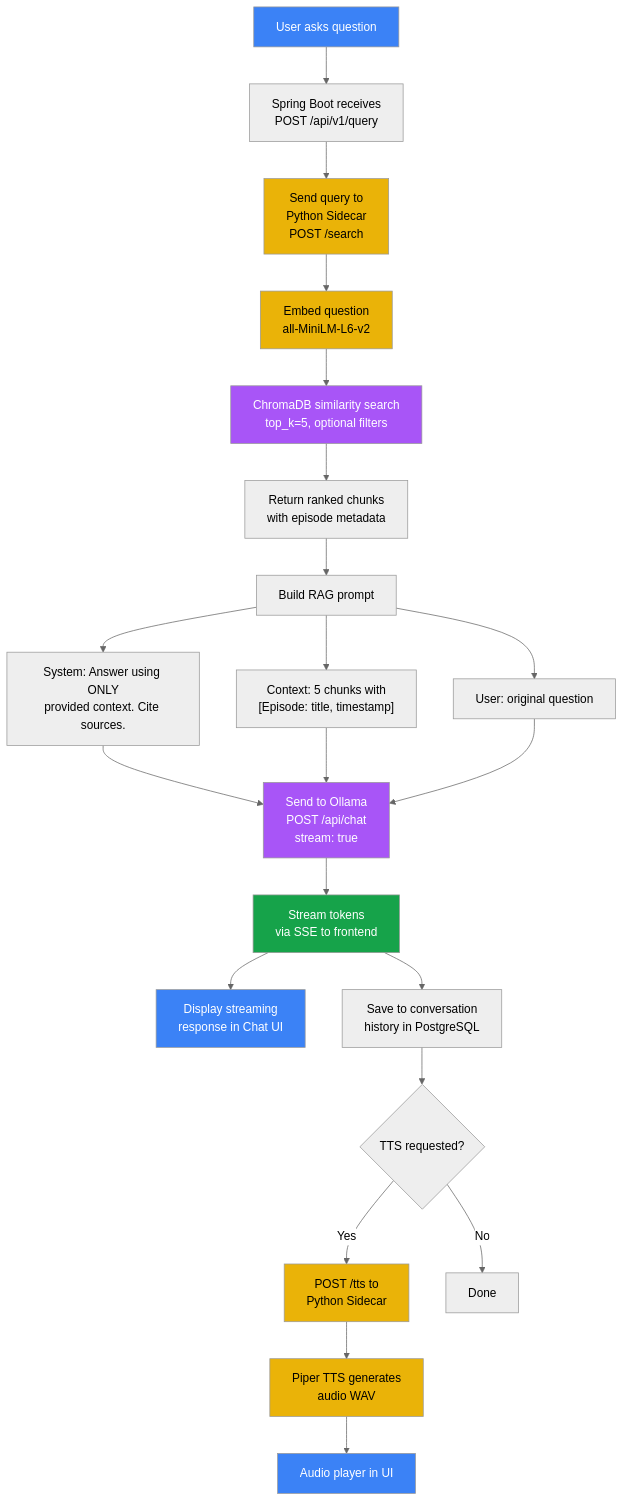
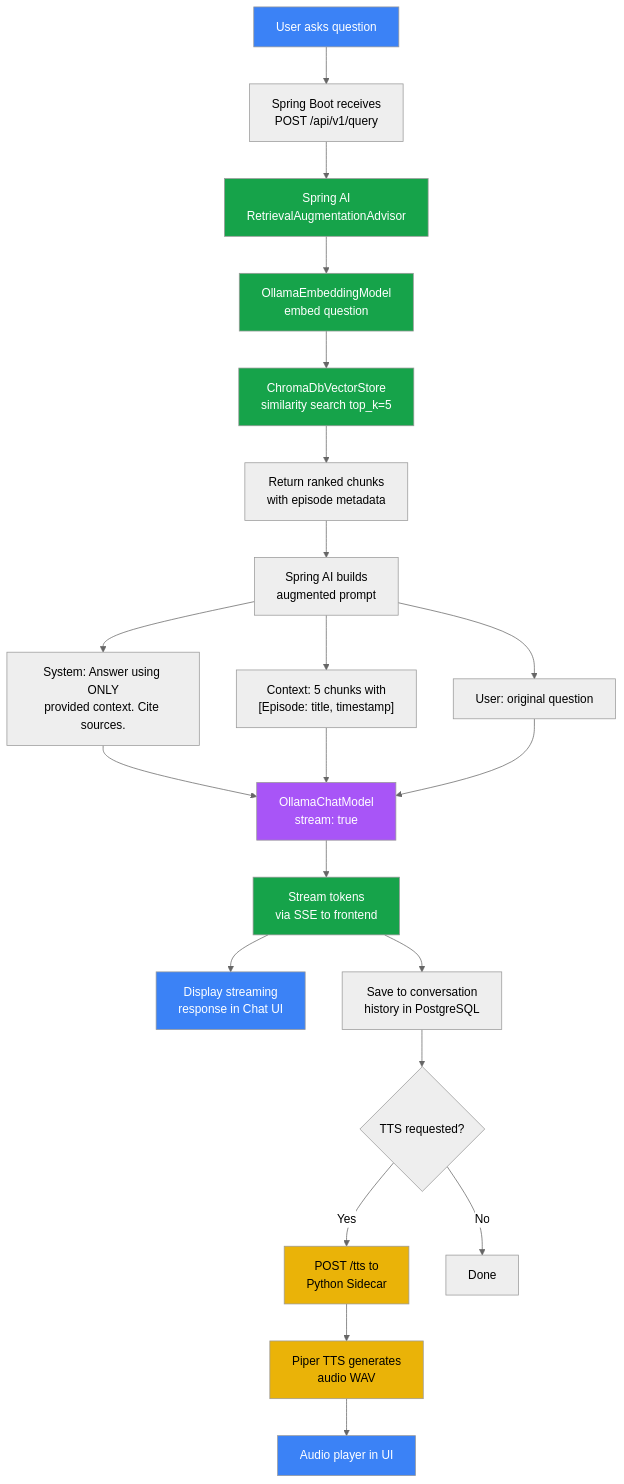
The third of 7 diagrams in docs/DIAGRAMS.md (jsohi/localloom), drawn with Mermaid (neutral theme) before and after one commit. The commit also changed other lines of this file and 1 other file, not shown here.

First line of the commit message:
Adopt Spring AI for embeddings, RAG, and LLM integration

````diff
--- a/docs/DIAGRAMS.md
+++ b/docs/DIAGRAMS.md
@@ -141,42 +141,42 @@
 ```mermaid
 flowchart TD
     A[User asks question] --> B[Spring Boot receives<br/>POST /api/v1/query]
 
-    B --> C[Send query to<br/>Python Sidecar<br/>POST /search]
+    B --> C[Spring AI<br/>RetrievalAugmentationAdvisor]
 
-    C --> D[Embed question<br/>all-MiniLM-L6-v2]
-    D --> E[ChromaDB similarity search<br/>top_k=5, optional filters]
+    C --> D[OllamaEmbeddingModel<br/>embed question]
+    D --> E[ChromaDbVectorStore<br/>similarity search top_k=5]
     E --> F[Return ranked chunks<br/>with episode metadata]
 
-    F --> G[Build RAG prompt]
+    F --> G[Spring AI builds<br/>augmented prompt]
 
     G --> H["System: Answer using ONLY<br/>provided context. Cite sources."]
     G --> I["Context: 5 chunks with<br/>[Episode: title, timestamp]"]
     G --> J["User: original question"]
 
-    H --> K[Send to Ollama<br/>POST /api/chat<br/>stream: true]
+    H --> K[OllamaChatModel<br/>stream: true]
     I --> K
     J --> K
 
     K --> L[Stream tokens<br/>via SSE to frontend]
     L --> M[Display streaming<br/>response in Chat UI]
 
     L --> N[Save to conversation<br/>history in PostgreSQL]
 
     N --> O{TTS requested?}
     O -->|Yes| P[POST /tts to<br/>Python Sidecar]
     P --> Q[Piper TTS generates<br/>audio WAV]
     Q --> R[Audio player in UI]
     O -->|No| S[Done]
 
     style A fill:#3b82f6,color:#fff
-    style C fill:#eab308,color:#000
-    style D fill:#eab308,color:#000
-    style E fill:#a855f7,color:#fff
+    style C fill:#16a34a,color:#fff
+    style D fill:#16a34a,color:#fff
+    style E fill:#16a34a,color:#fff
     style K fill:#a855f7,color:#fff
     style L fill:#16a34a,color:#fff
     style M fill:#3b82f6,color:#fff
     style P fill:#eab308,color:#000
     style Q fill:#eab308,color:#000
     style R fill:#3b82f6,color:#fff
 ```
````
